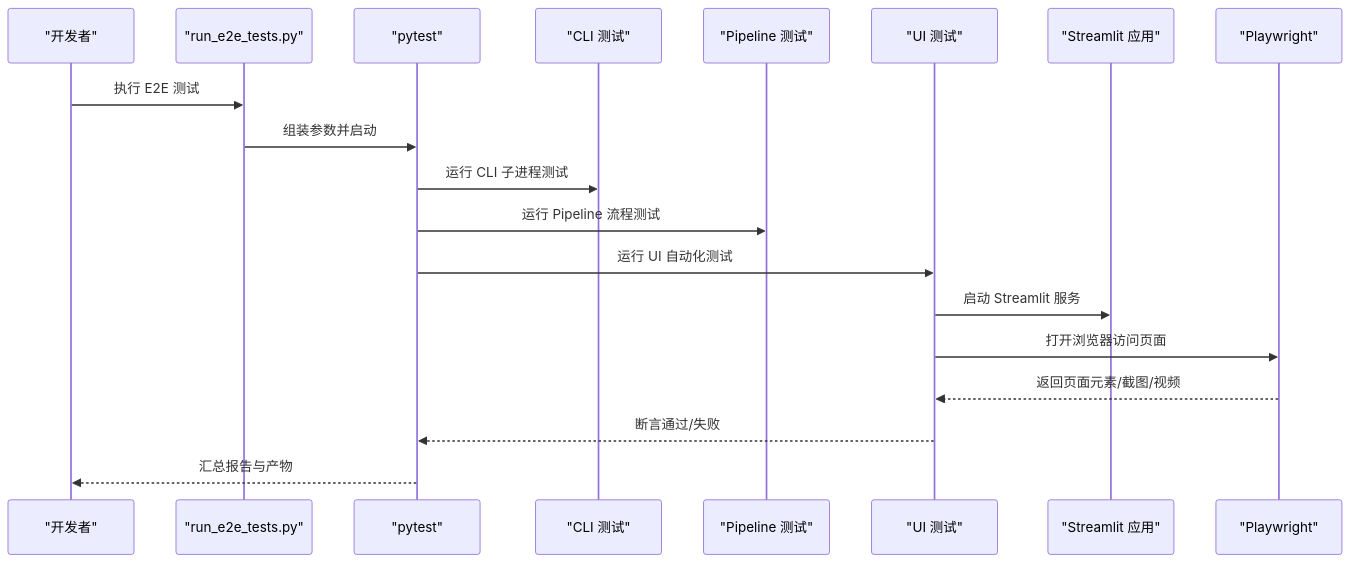
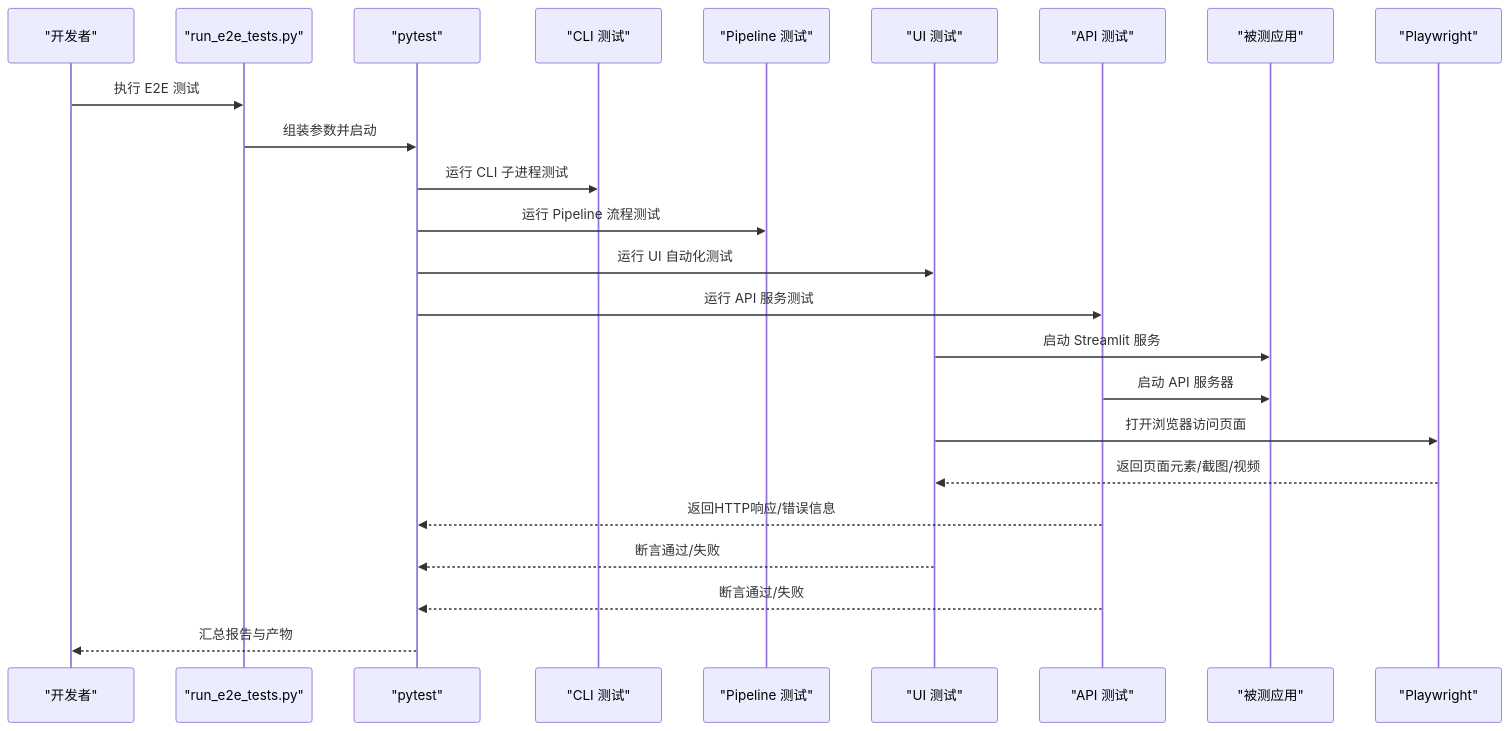
One commit to boyingliu01/fault-review-analyzer changed the second of 7 diagrams in .qoder/repowiki/zh/content/测试策略/端到端测试/端到端测试.md. Above: the diagram before and after it, drawn with Mermaid. The commit also changed other lines of this file and 125 other files, not shown here.

````diff
--- a/.qoder/repowiki/zh/content/测试策略/端到端测试/端到端测试.md
+++ b/.qoder/repowiki/zh/content/测试策略/端到端测试/端到端测试.md
@@ -113,21 +135,26 @@
 ```mermaid
 sequenceDiagram
 participant Dev as "开发者"
 participant Runner as "run_e2e_tests.py"
 participant Pytest as "pytest"
 participant CLI as "CLI 测试"
 participant Pipe as "Pipeline 测试"
 participant UI as "UI 测试"
-participant App as "Streamlit 应用"
+participant API as "API 测试"
+participant App as "被测应用"
 participant PW as "Playwright"
 Dev->>Runner : 执行 E2E 测试
 Runner->>Pytest : 组装参数并启动
 Pytest->>CLI : 运行 CLI 子进程测试
 Pytest->>Pipe : 运行 Pipeline 流程测试
 Pytest->>UI : 运行 UI 自动化测试
+Pytest->>API : 运行 API 服务测试
 UI->>App : 启动 Streamlit 服务
+API->>App : 启动 API 服务器
 UI->>PW : 打开浏览器访问页面
 PW-->>UI : 返回页面元素/截图/视频
+API-->>Pytest : 返回HTTP响应/错误信息
 UI-->>Pytest : 断言通过/失败
+API-->>Pytest : 断言通过/失败
 Pytest-->>Dev : 汇总报告与产物
 ```
````
